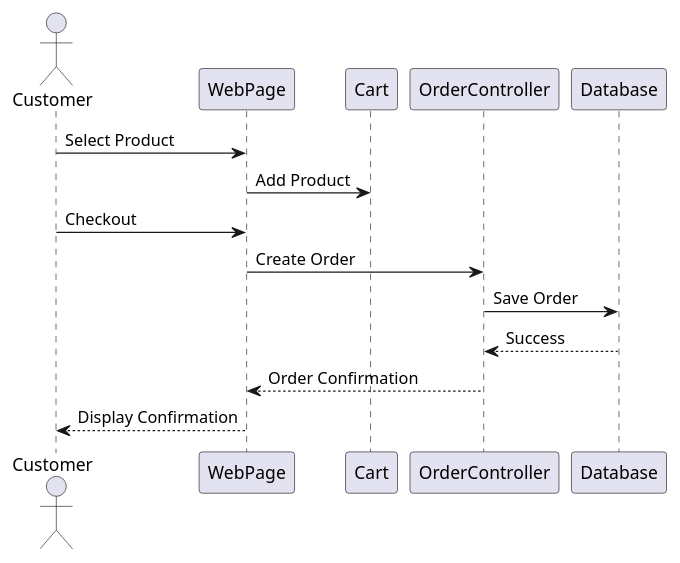
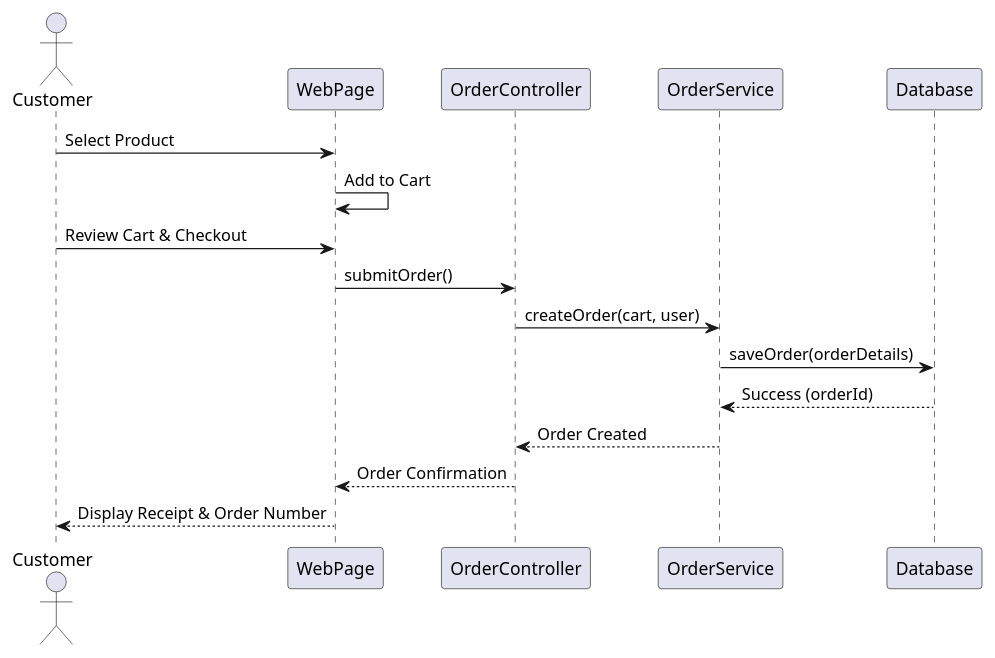
The third of 4 diagrams in README.md (KHari07/HKFashion-Source), drawn with PlantUML before and after one commit. The commit also changed other lines of this file, not shown here.

````diff
--- a/README.md
+++ b/README.md
@@ -268,16 +350,22 @@
 ```plantuml
 @startuml
 
 actor Customer
+participant WebPage
+participant OrderController
+participant OrderService
+participant Database
 
-Customer -> WebPage : Select Product
-WebPage -> Cart : Add Product
-Customer -> WebPage : Checkout
-WebPage -> OrderController : Create Order
-OrderController -> Database : Save Order
-Database --> OrderController : Success
-OrderController --> WebPage : Order Confirmation
-WebPage --> Customer : Display Confirmation
+Customer -> WebPage: Select Product
+WebPage -> WebPage: Add to Cart
+Customer -> WebPage: Review Cart & Checkout
+WebPage -> OrderController: submitOrder()
+OrderController -> OrderService: createOrder(cart, user)
+OrderService -> Database: saveOrder(orderDetails)
+Database --> OrderService: Success (orderId)
+OrderService --> OrderController: Order Created
+OrderController --> WebPage: Order Confirmation
+WebPage --> Customer: Display Receipt & Order Number
 
 @enduml
 ```
````
